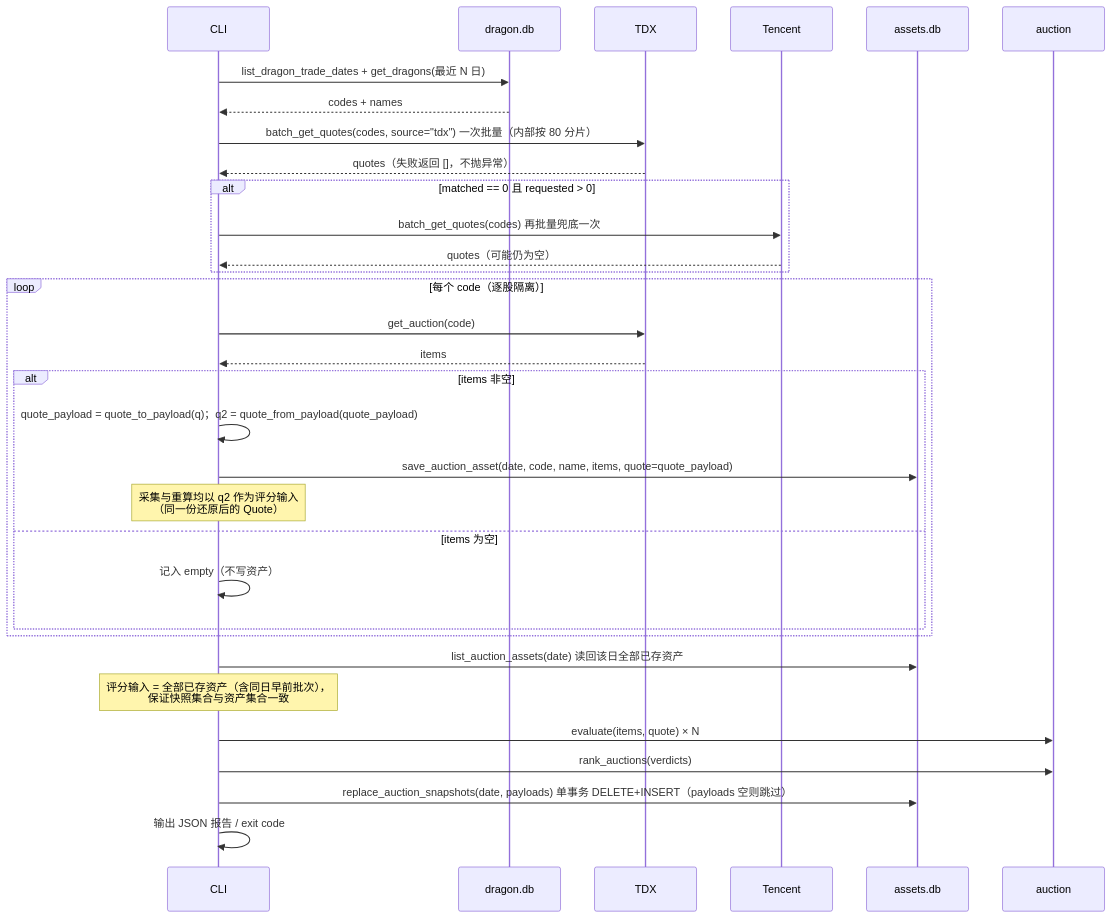
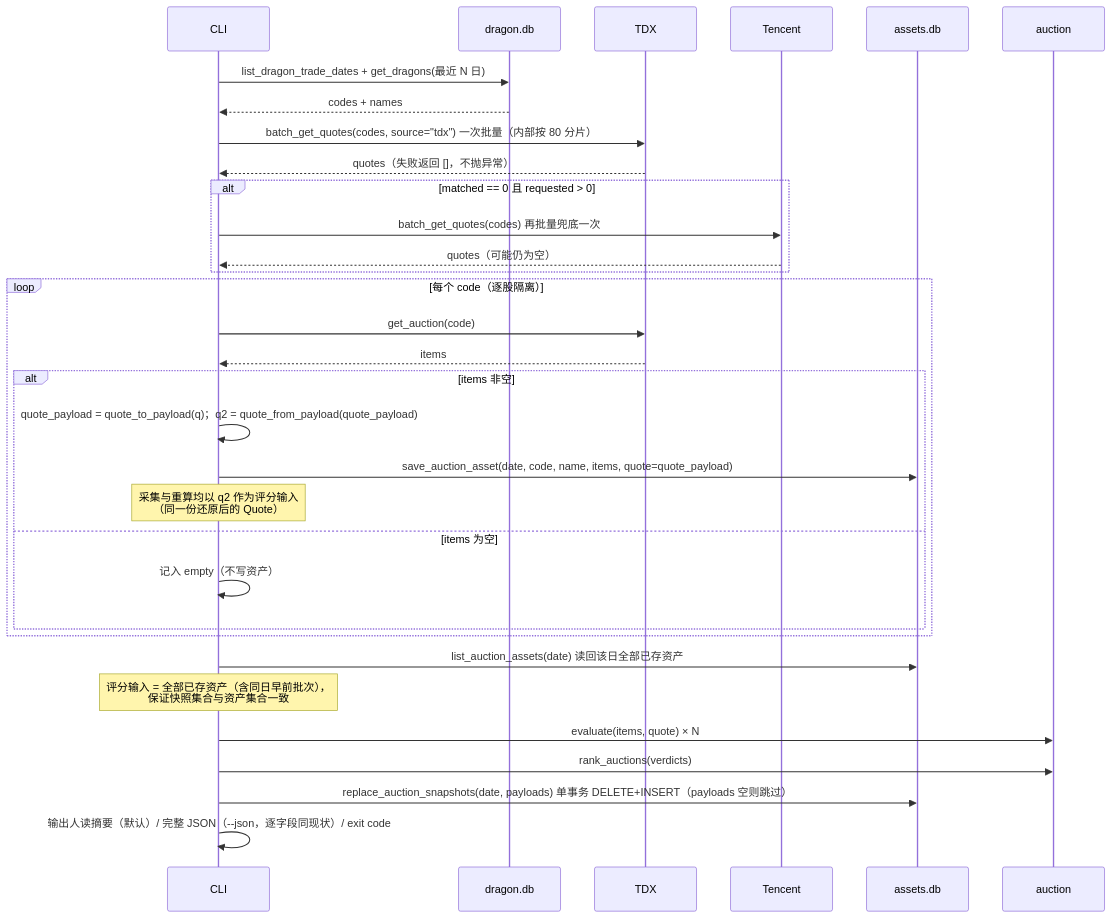
Before and after one commit to gitBingxu/dragon-quant: the second of 4 diagrams in archived_md/auction/2026-10-20-auction-snapshot-wiring-design.md, drawn with Mermaid. The commit also changed other lines of this file and 10 other files, not shown here.

````diff
--- a/archived_md/auction/2026-10-20-auction-snapshot-wiring-design.md
+++ b/archived_md/auction/2026-10-20-auction-snapshot-wiring-design.md
@@ -130,35 +130,35 @@
 ```mermaid
 sequenceDiagram
     participant U as CLI
     participant D as dragon.db
     participant T as TDX
     participant X as Tencent
     participant A as assets.db
     participant S as auction
 
     U->>D: list_dragon_trade_dates + get_dragons(最近 N 日)
     D-->>U: codes + names
     U->>T: batch_get_quotes(codes, source="tdx") 一次批量（内部按 80 分片）
     T-->>U: quotes（失败返回 []，不抛异常）
     alt matched == 0 且 requested > 0
         U->>X: batch_get_quotes(codes) 再批量兜底一次
         X-->>U: quotes（可能仍为空）
     end
     loop 每个 code（逐股隔离）
         U->>T: get_auction(code)
         T-->>U: items
         alt items 非空
             U->>U: quote_payload = quote_to_payload(q)；q2 = quote_from_payload(quote_payload)
             U->>A: save_auction_asset(date, code, name, items, quote=quote_payload)
             Note over U: 采集与重算均以 q2 作为评分输入<br/>（同一份还原后的 Quote）
         else items 为空
             U->>U: 记入 empty（不写资产）
         end
     end
     U->>A: list_auction_assets(date) 读回该日全部已存资产
     Note over U: 评分输入 = 全部已存资产（含同日早前批次），<br/>保证快照集合与资产集合一致
     U->>S: evaluate(items, quote) × N
     U->>S: rank_auctions(verdicts)
     U->>A: replace_auction_snapshots(date, payloads) 单事务 DELETE+INSERT（payloads 空则跳过）
-    U->>U: 输出 JSON 报告 / exit code
+    U->>U: 输出人读摘要（默认）/ 完整 JSON（--json，逐字段同现状）/ exit code
 ```
````
